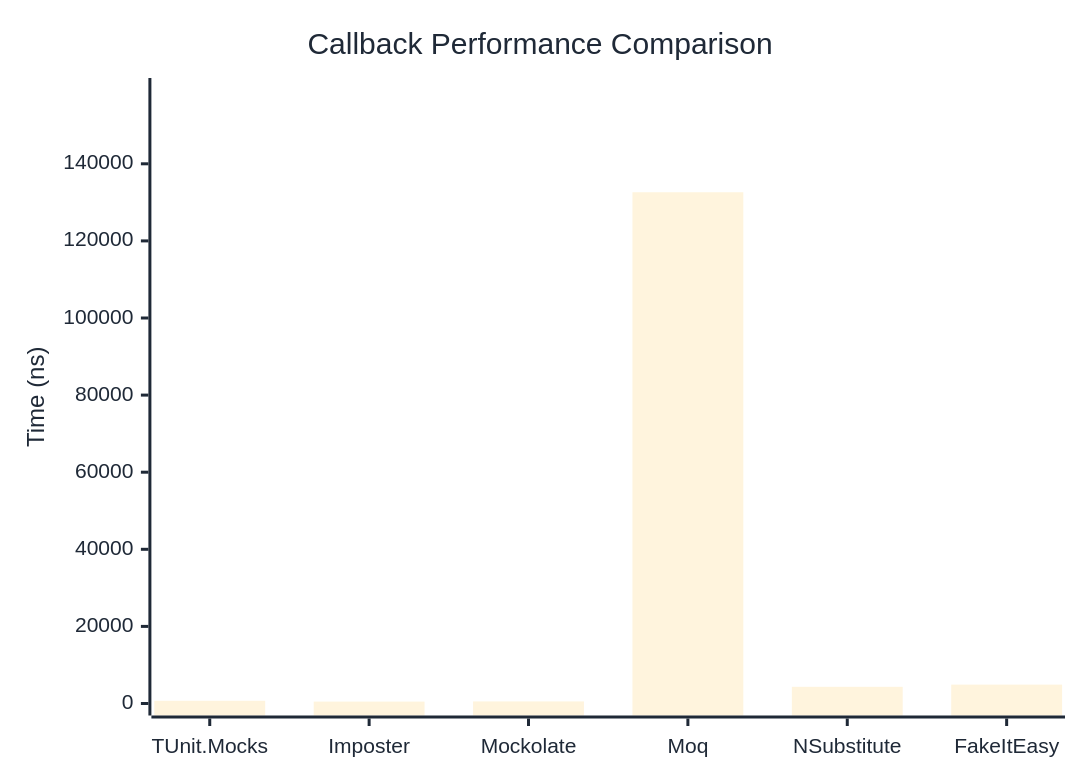
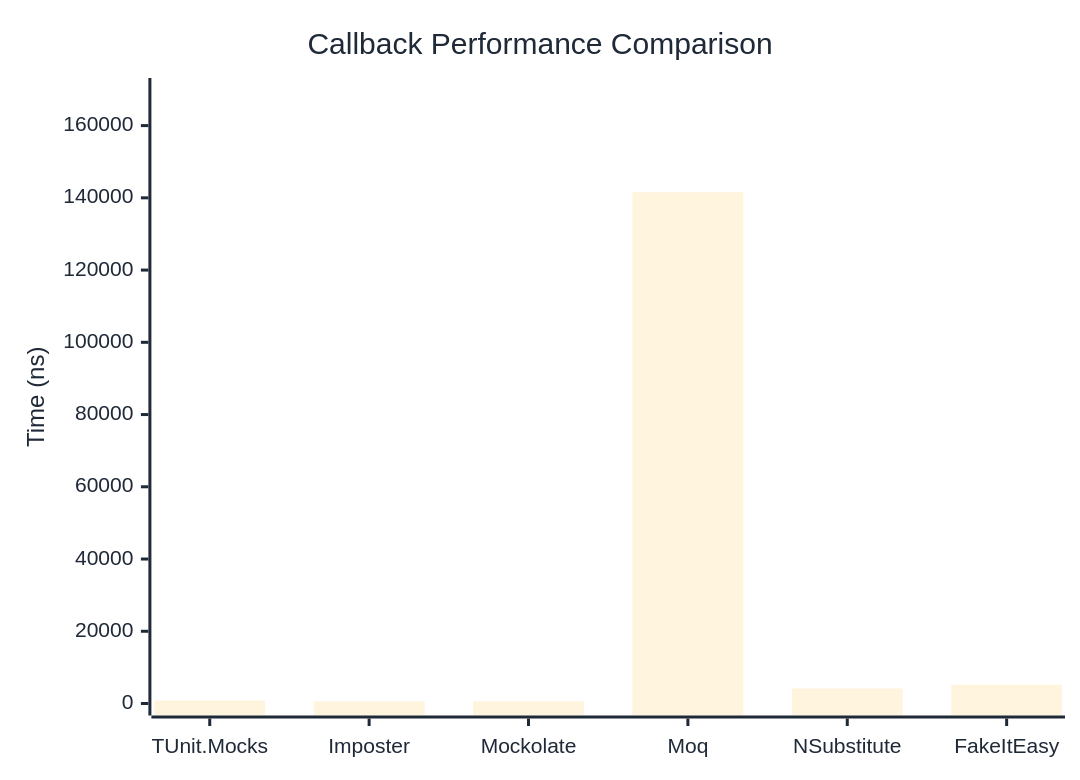
The first of 2 diagrams in docs/docs/benchmarks/mocks/Callback.md (thomhurst/TUnit), drawn with Mermaid before and after one commit. The commit also changed other lines of this file and 14 other files, not shown here.

````diff
--- a/docs/docs/benchmarks/mocks/Callback.md
+++ b/docs/docs/benchmarks/mocks/Callback.md
@@ -28,27 +28,27 @@
 ```mermaid
 %%{init: {
   'theme':'base',
   'themeVariables': {
     'primaryColor': '#2563eb',
     'primaryTextColor': '#1f2937',
     'primaryBorderColor': '#1e40af',
     'lineColor': '#6b7280',
     'secondaryColor': '#7c3aed',
     'tertiaryColor': '#dc2626',
     'background': '#ffffff',
     'pie1': '#2563eb',
     'pie2': '#7c3aed',
     'pie3': '#dc2626',
     'pie4': '#f59e0b',
     'pie5': '#10b981',
     'pie6': '#06b6d4',
     'pie7': '#ec4899',
     'pie8': '#6366f1'
   }
 }}%%
 xychart-beta
   title "Callback Performance Comparison"
   x-axis ["TUnit.Mocks", "Imposter", "Mockolate", "Moq", "NSubstitute", "FakeItEasy"]
-  y-axis "Time (ns)" 0 --> 159145
-  bar [704.4, 493.2, 539, 132620.3, 4329.5, 4899.4]
+  y-axis "Time (ns)" 0 --> 169858
+  bar [856.8, 594.4, 636.1, 141548.2, 4178.4, 5212.8]
 ```
````
